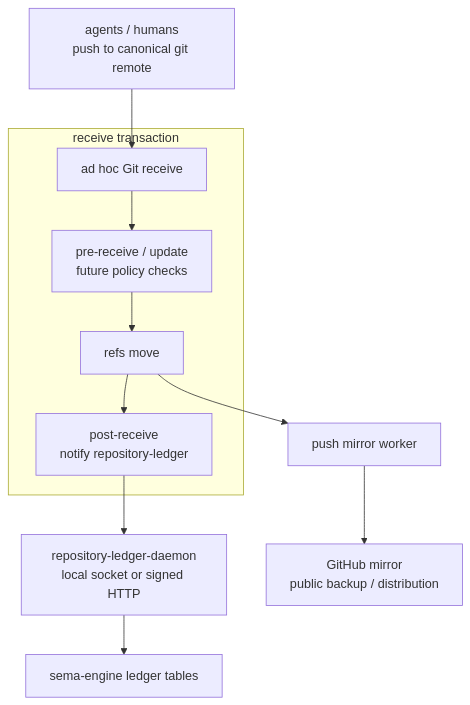
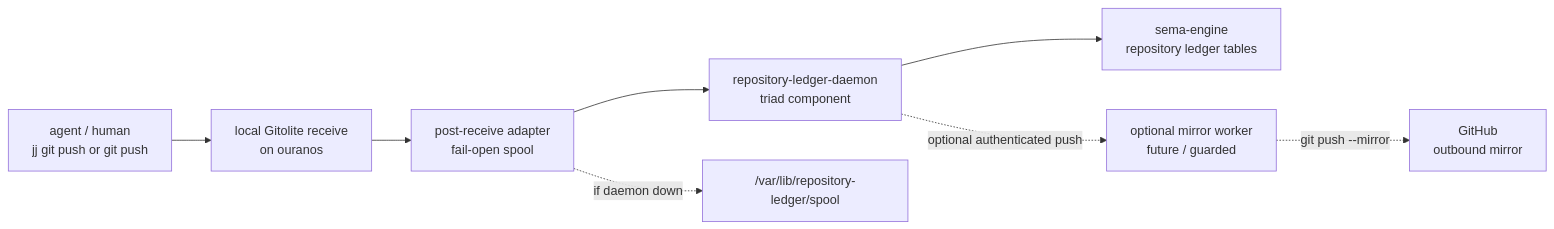
Before and after one commit to LiGoldragon/primary: the diagram in reports/designer-assistant/121-post-push-repository-ledger-and-ad-hoc-git-server-2026-05-18.md, drawn with Mermaid. The commit also changed other lines of this file, not shown here.

Commit message:
designer-assistant: narrow repository ledger implementation plan

````diff
--- a/reports/designer-assistant/121-post-push-repository-ledger-and-ad-hoc-git-server-2026-05-18.md
+++ b/reports/designer-assistant/121-post-push-repository-ledger-and-ad-hoc-git-server-2026-05-18.md
@@ -113,16 +34,18 @@
 ```mermaid
-flowchart TD
-    local["agents / humans<br/>push to canonical git remote"] --> gitserver["ad hoc Git receive"]
+flowchart LR
+    agent["agent / human<br/>jj git push or git push"]
+    gitolite["local Gitolite receive<br/>on ouranos"]
+    hook["post-receive adapter<br/>fail-open spool"]
+    daemon["repository-ledger-daemon<br/>triad component"]
+    store["sema-engine<br/>repository ledger tables"]
+    mirror["optional mirror worker<br/>future / guarded"]
+    github["GitHub<br/>outbound mirror"]
 
-    subgraph receive["receive transaction"]
-        gitserver --> prereceive["pre-receive / update<br/>future policy checks"]
-        prereceive --> move["refs move"]
-        move --> postreceive["post-receive<br/>notify repository-ledger"]
-    end
-
-    postreceive --> ledger["repository-ledger-daemon<br/>local socket or signed HTTP"]
-    ledger --> sema["sema-engine ledger tables"]
-
-    move --> mirror["push mirror worker"]
-    mirror --> github["GitHub mirror<br/>public backup / distribution"]
+    agent --> gitolite
+    gitolite --> hook
+    hook --> daemon
+    hook -. "if daemon down" .-> spool["/var/lib/repository-ledger/spool"]
+    daemon --> store
+    daemon -. "optional authenticated push" .-> mirror
+    mirror -. "git push --mirror" .-> github
 ```
````
